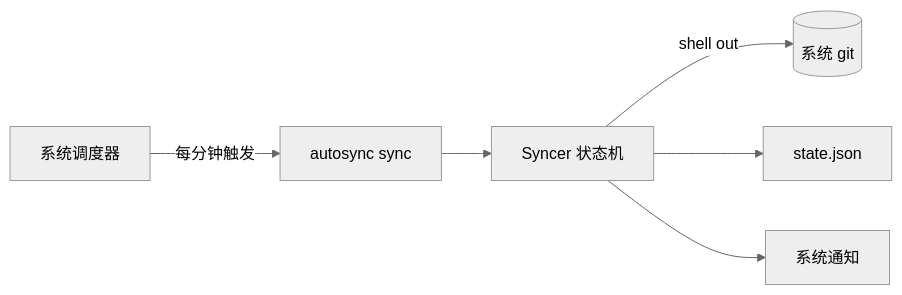
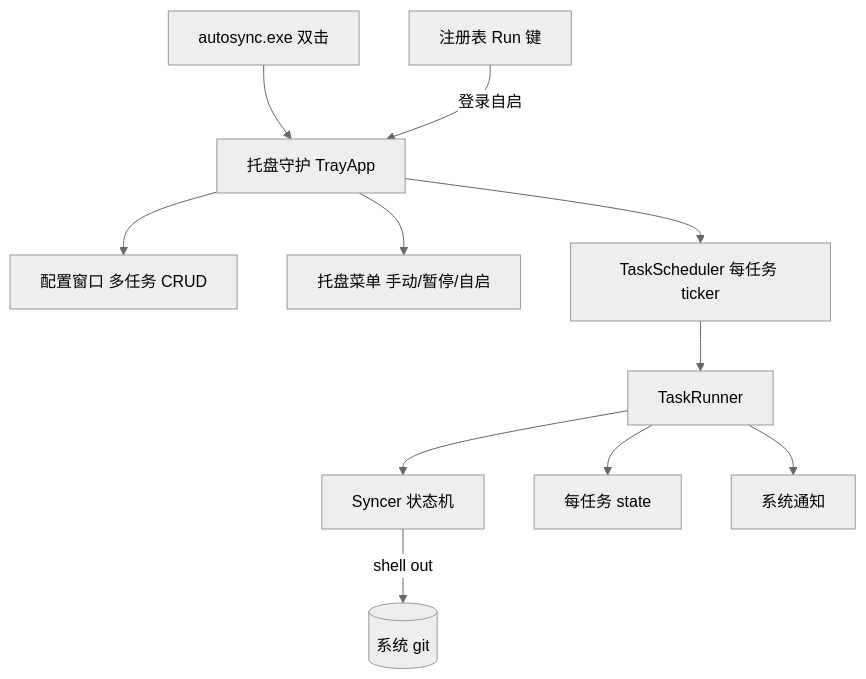
One commit to int2t05/AutoSync changed the diagram in README.md. Above: the diagram before and after it, drawn with Mermaid (neutral theme). The commit also changed other lines of this file and 17 other files, not shown here.

````diff
--- a/README.md
+++ b/README.md
@@ -37,7 +36,11 @@
 ```mermaid
-flowchart LR
-  SCH[系统调度器] -->|每分钟触发| EXE[autosync sync]
-  EXE --> SYNC[Syncer 状态机]
+flowchart TB
+  EXE[autosync.exe 双击] --> APP[托盘守护 TrayApp]
+  APP --> WIN[配置窗口 多任务 CRUD] & MENU[托盘菜单 手动/暂停/自启]
+  APP --> SCHED[TaskScheduler 每任务 ticker]
+  SCHED --> RUN[TaskRunner]
+  RUN --> SYNC[Syncer 状态机]
   SYNC -->|shell out| GIT[(系统 git)]
-  SYNC --> STATE[state.json] & NOTIFY[系统通知]
+  RUN --> STATE[每任务 state] & NOTIFY[系统通知]
+  REG[注册表 Run 键] -->|登录自启| APP
 ```
````
